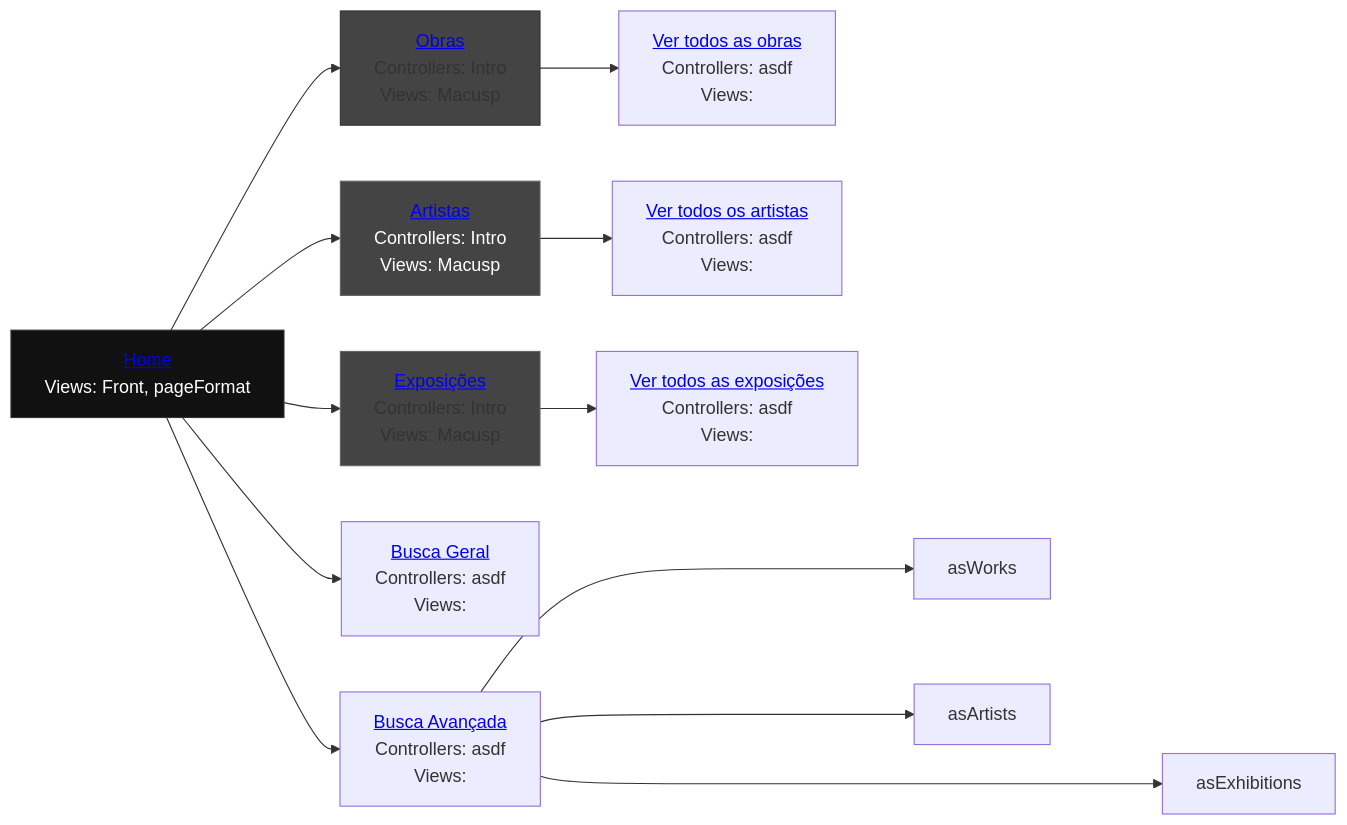
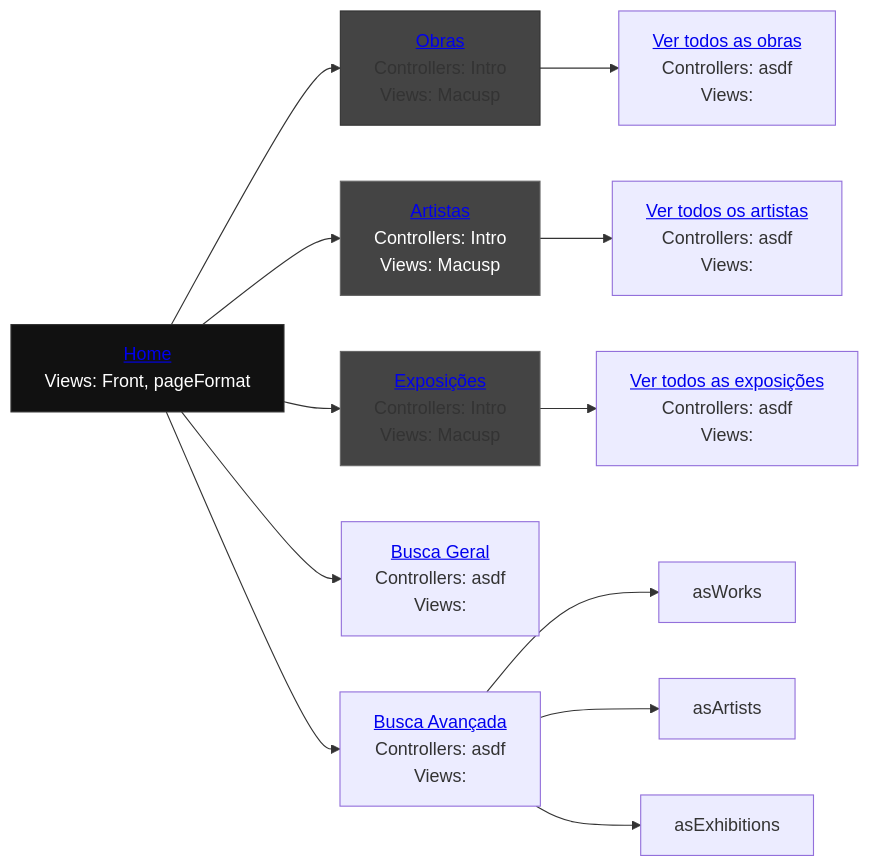
One commit to reynaldocv/macusp changed the diagram in README.md. Above: the diagram before and after it, drawn with Mermaid.

````diff
--- a/README.md
+++ b/README.md
@@ -245,33 +245,33 @@
 ```mermaid
 graph LR
     %% Parte superior e inferior del primer puesto
     home["           <a href='http://143.107.130.173/admacervo/macusp/index.php'> Home </a> <br> Views: Front, pageFormat"]
     works["          <a href='http://143.107.130.173/admacervo/macusp/index.php/Intro/works'>Obras</a>      <br> Controllers: Intro <br> Views: Macusp"]
     artists["        <a href='http://143.107.130.173/admacervo/macusp/index.php/Intro/artists'>Artistas</a>  <br> Controllers: Intro <br> Views: Macusp"]
     exhibitions["    <a href='http://143.107.130.173/admacervo/macusp/index.php/Intro/exhibitions'>Exposições</a> <br> Controllers: Intro <br> Views: Macusp"]
     search["         <a href='https://link.com'> Busca Geral </a> <br>  Controllers: asdf <br>  Views: "]
     advancedSearch[" <a href='https://link.com'> Busca Avançada</a> <br>  Controllers: </strong> asdf <br>  Views: "]
     viewWorks[" <a href='https://link.com'> Ver todos as obras</a> <br>  Controllers: </strong> asdf <br>  Views: "]
     viewArtists[" <a href='https://link.com'> Ver todos os artistas</a> <br>  Controllers: </strong> asdf <br>  Views: "]
     viewExhibitions[" <a href='https://link.com'> Ver todos as exposições</a> <br>  Controllers: </strong> asdf <br>  Views: "]
     
     %% Conexión del organigrama (une la parte inferior de uno con la superior del otro)
     home --> works
     home --> artists
     home --> exhibitions
     home --> search
     home --> advancedSearch
     works --> viewWorks
     artists --> viewArtists    
     exhibitions --> viewExhibitions
-    advancedSearch ---> asWorks
-    advancedSearch ---> asArtists
-    advancedSearch -----> asExhibitions
+    advancedSearch --> asWorks
+    advancedSearch --> asArtists
+    advancedSearch --> asExhibitions
 
 
     %% Estilos para que parezcan una sola pieza
     style home fill:#111,stroke:#333,color:#fff
     style works fill:#444,stroke:#333
     style artists fill:#444,stroke:#666,color:#fff
     style exhibitions fill:#444,stroke:#666
 ```
````
